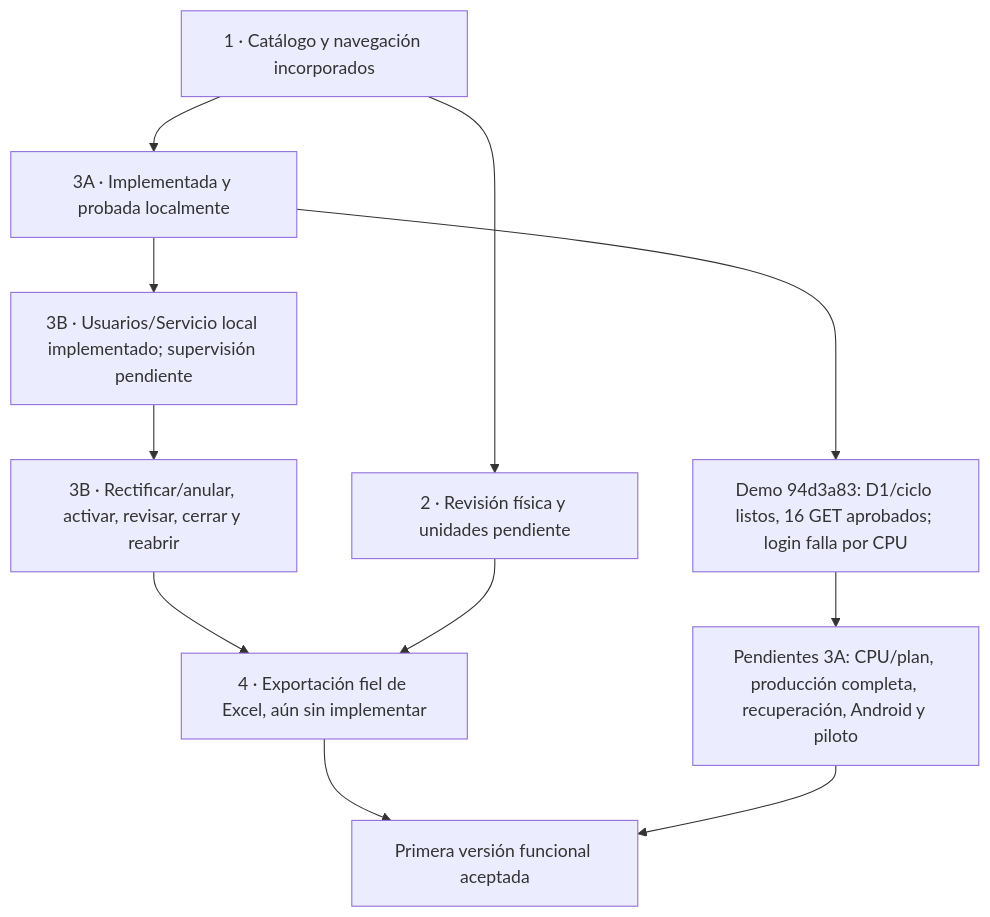
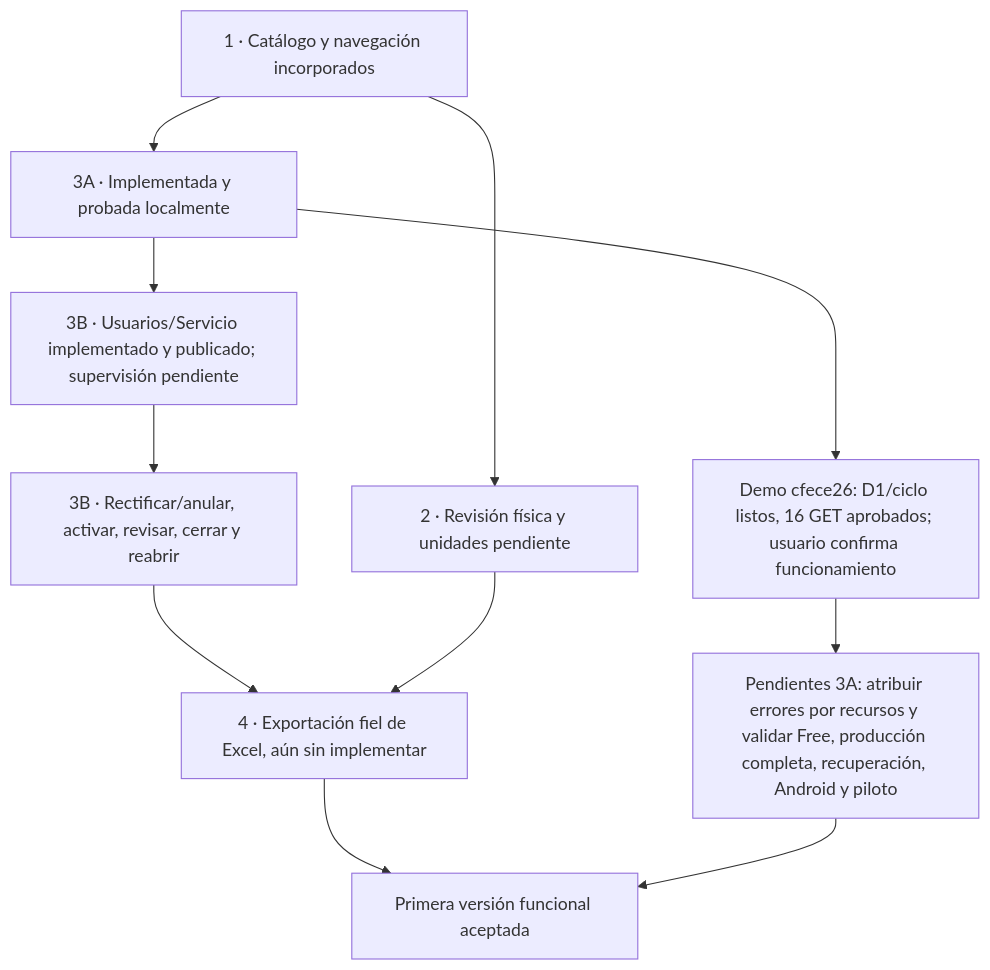
One commit to lucio-crDEV/inventario-barista-mobile changed the second of 2 diagrams in docs/tecnologias-y-roadmap.md. Above: the diagram before and after it, drawn with Mermaid. The commit also changed other lines of this file and 21 other files, not shown here.

````diff
--- a/docs/tecnologias-y-roadmap.md
+++ b/docs/tecnologias-y-roadmap.md
@@ -43,13 +43,13 @@
 ```mermaid
 flowchart TD
     E1["1 · Catálogo y navegación incorporados"] --> E2["2 · Revisión física y unidades pendiente"]
     E1 --> A["3A · Implementada y probada localmente"]
-    A --> WEB["Demo 94d3a83: D1/ciclo listos, 16 GET aprobados; login falla por CPU"]
-    WEB --> OPS["Pendientes 3A: CPU/plan, producción completa, recuperación, Android y piloto"]
-    A --> B["3B · Usuarios/Servicio local implementado; supervisión pendiente"]
+    A --> WEB["Demo cfece26: D1/ciclo listos, 16 GET aprobados; usuario confirma funcionamiento"]
+    WEB --> OPS["Pendientes 3A: atribuir errores por recursos y validar Free, producción completa, recuperación, Android y piloto"]
+    A --> B["3B · Usuarios/Servicio implementado y publicado; supervisión pendiente"]
     B --> ADMIN["3B · Rectificar/anular, activar, revisar, cerrar y reabrir"]
     ADMIN --> E4["4 · Exportación fiel de Excel, aún sin implementar"]
     E2 --> E4
     E4 --> V1["Primera versión funcional aceptada"]
     OPS --> V1
 ```
````
